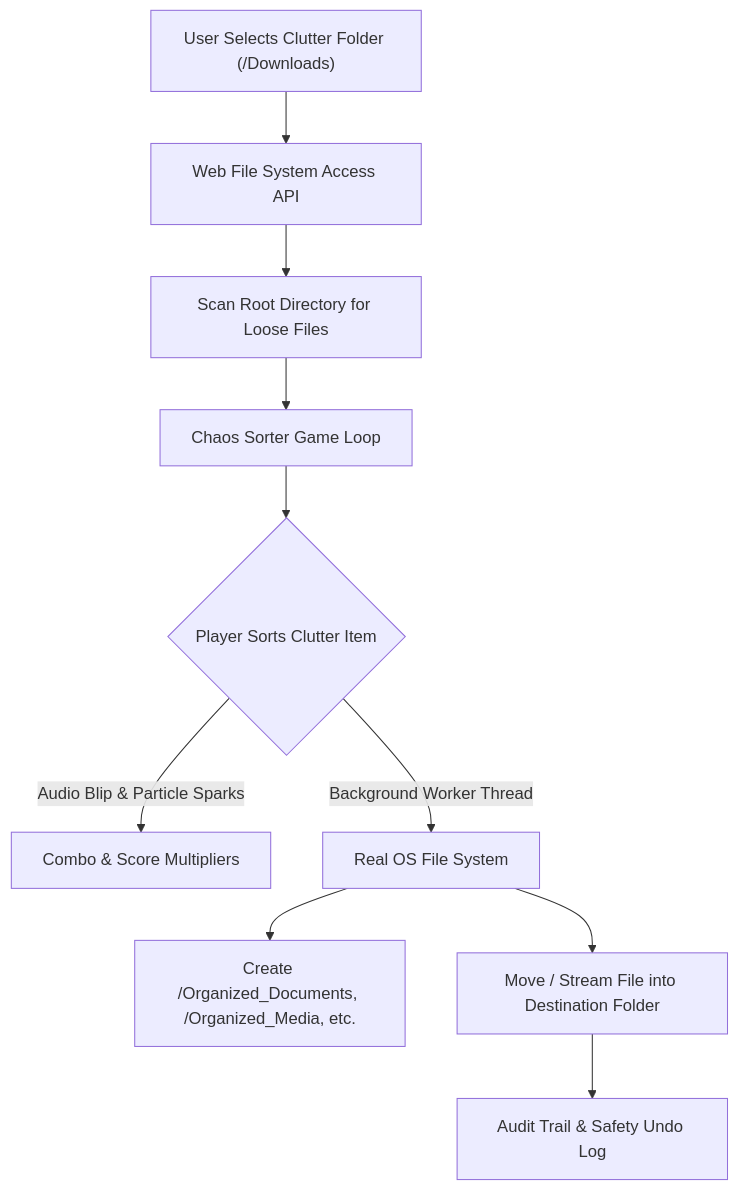
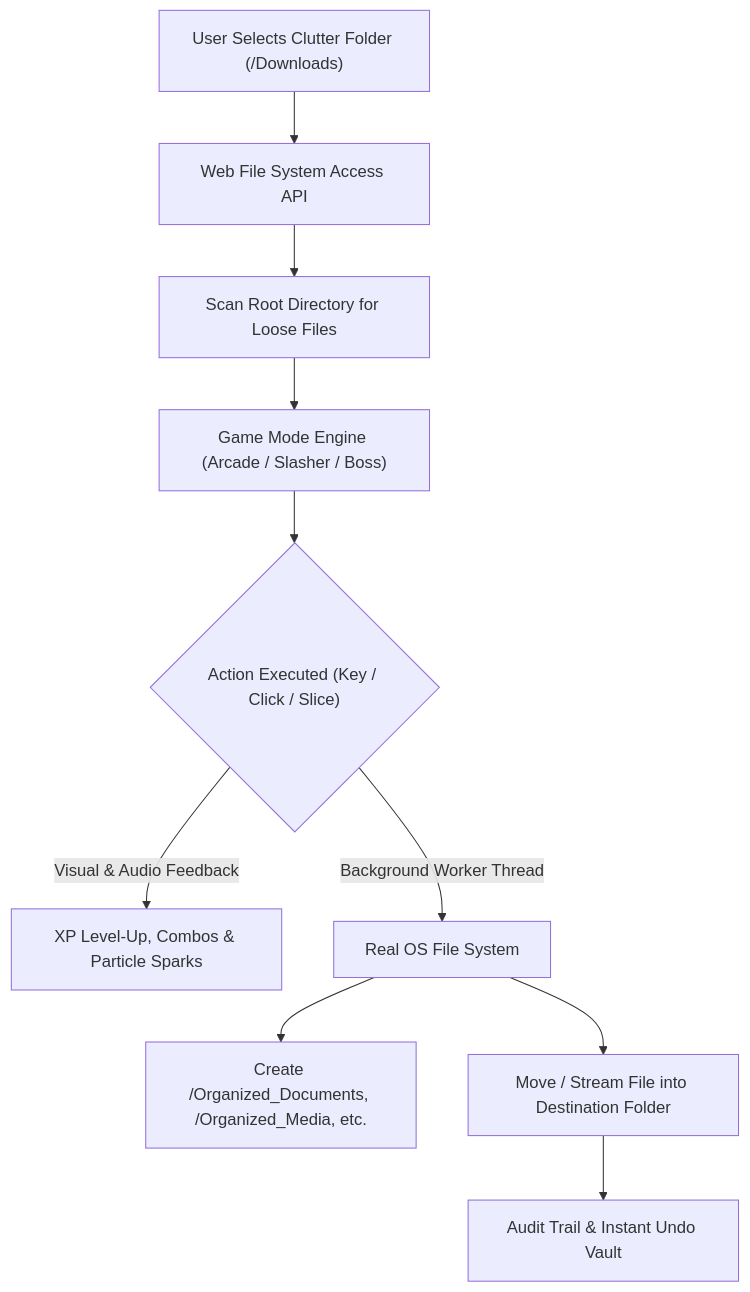
One commit to jsjahanavi-cpu/chaos-sorter changed the diagram in README.md. Above: the diagram before and after it, drawn with Mermaid. The commit also changed other lines of this file and 7 other files, not shown here.

Commit message:
feat: add Slasher mini-game, RPG XP system, boss rush mode, and cyber themes

````diff
--- a/README.md
+++ b/README.md
@@ -38,12 +44,12 @@
 ```mermaid
 flowchart TD
     A["User Selects Clutter Folder (/Downloads)"] --> B["Web File System Access API"]
     B --> C["Scan Root Directory for Loose Files"]
-    C --> D["Chaos Sorter Game Loop"]
-    D --> E{"Player Sorts Clutter Item"}
-    E -->|"Audio Blip & Particle Sparks"| F["Combo & Score Multipliers"]
+    C --> D["Game Mode Engine (Arcade / Slasher / Boss)"]
+    D --> E{"Action Executed (Key / Click / Slice)"}
+    E -->|"Visual & Audio Feedback"| F["XP Level-Up, Combos & Particle Sparks"]
     E -->|"Background Worker Thread"| G["Real OS File System"]
     G --> H["Create /Organized_Documents, /Organized_Media, etc."]
     G --> I["Move / Stream File into Destination Folder"]
-    I --> J["Audit Trail & Safety Undo Log"]
+    I --> J["Audit Trail & Instant Undo Vault"]
 ```
````
